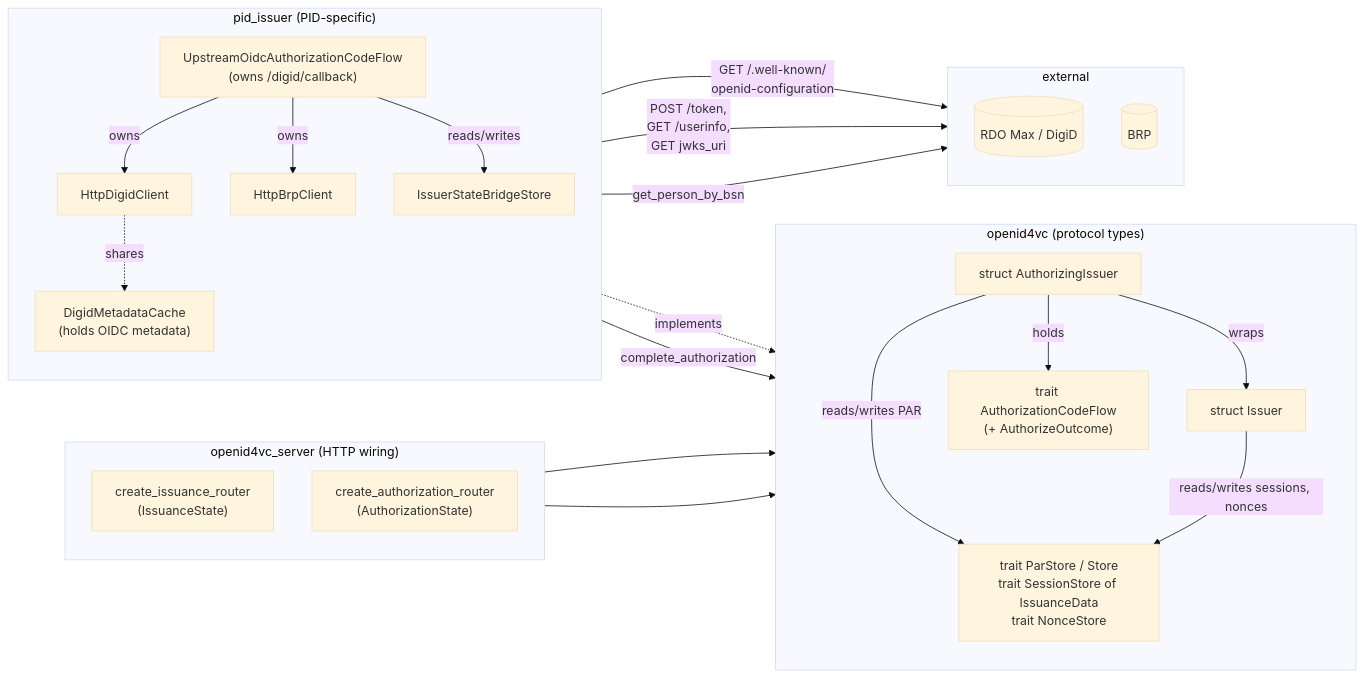
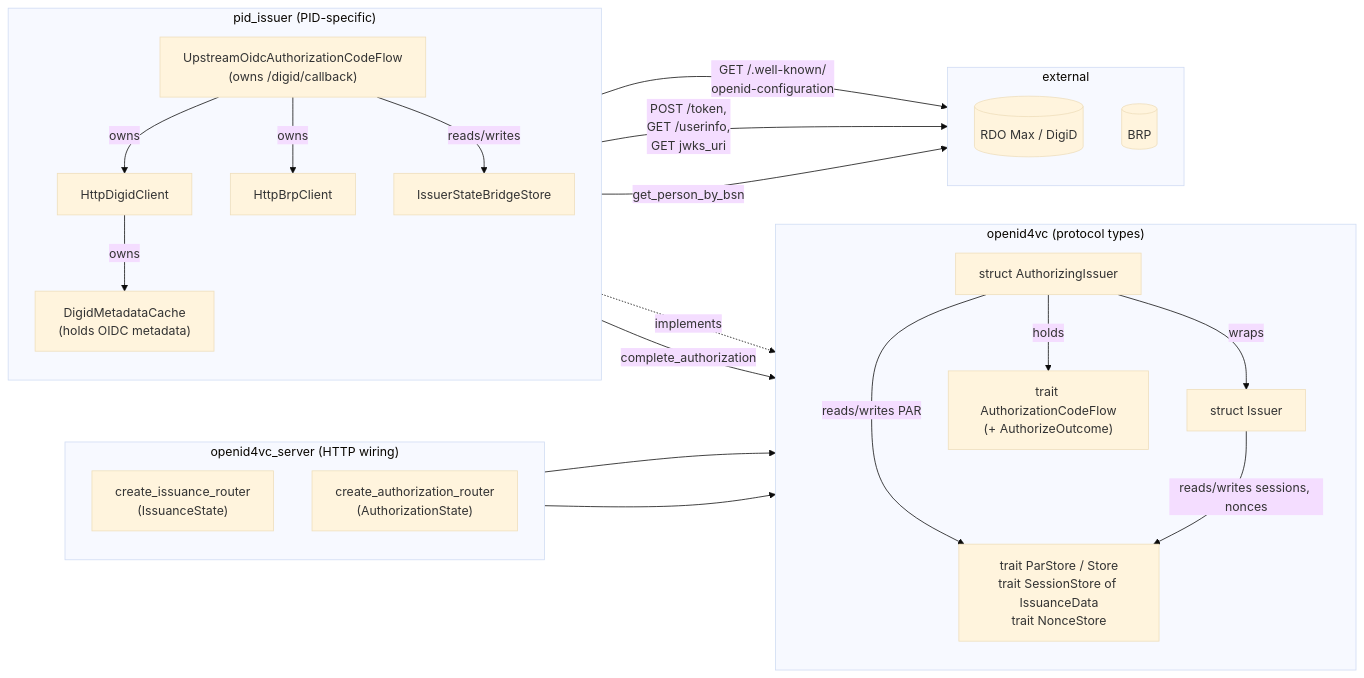
The first of 2 diagrams in wallet_docs/development/pid-issuer-architecture.md (MinBZK/nl-wallet), drawn with Mermaid (base theme) before and after one commit. The commit also changed other lines of this file and 1 other file, not shown here.

````diff
--- a/wallet_docs/development/pid-issuer-architecture.md
+++ b/wallet_docs/development/pid-issuer-architecture.md
@@ -120,49 +122,49 @@
 ```{mermaid}
 flowchart LR
     subgraph ovcs["openid4vc_server (HTTP wiring)"]
         direction TB
         IssRouter["create_issuance_router<br/>(IssuanceState)"]
         AuthRouter["create_authorization_router<br/>(AuthorizationState)"]
     end
 
     subgraph ovc["openid4vc (protocol types)"]
         direction TB
         AuthIssuer["struct AuthorizingIssuer"]
         Issuer["struct Issuer"]
         AF_trait["trait AuthorizationCodeFlow<br/>(+ AuthorizeOutcome)"]
         Store_traits["trait ParStore / Store<br/>trait SessionStore of IssuanceData<br/>trait NonceStore"]
     end
 
     subgraph pidi["pid_issuer (PID-specific)"]
         direction TB
         Flow["UpstreamOidcAuthorizationCodeFlow<br/>(owns /digid/callback)"]
         DigidClient["HttpDigidClient"]
         DigidCache["DigidMetadataCache<br/>(holds OIDC metadata)"]
         BrpClient["HttpBrpClient"]
         Bridge["IssuerStateBridgeStore"]
     end
 
     subgraph ext["external"]
         direction TB
         RDO[("RDO Max / DigiD")]
         BRP[("BRP")]
     end
 
     AuthRouter --> AuthIssuer
     IssRouter --> Issuer
     AuthIssuer -->|wraps| Issuer
     AuthIssuer -->|holds| AF_trait
     AuthIssuer -->|reads/writes PAR| Store_traits
     Issuer -->|reads/writes sessions, nonces| Store_traits
 
     Flow -.implements.-> AF_trait
     Flow -->|owns| DigidClient
     Flow -->|owns| BrpClient
     Flow -->|reads/writes| Bridge
     Flow -->|complete_authorization| AuthIssuer
-    DigidClient -. shares .-> DigidCache
+    DigidClient -->|owns| DigidCache
 
     DigidCache -->|GET /.well-known/<br/>openid-configuration| RDO
     DigidClient -->|POST /token,<br/>GET /userinfo,<br/>GET jwks_uri| RDO
     BrpClient -->|get_person_by_bsn| BRP
 ```
````
